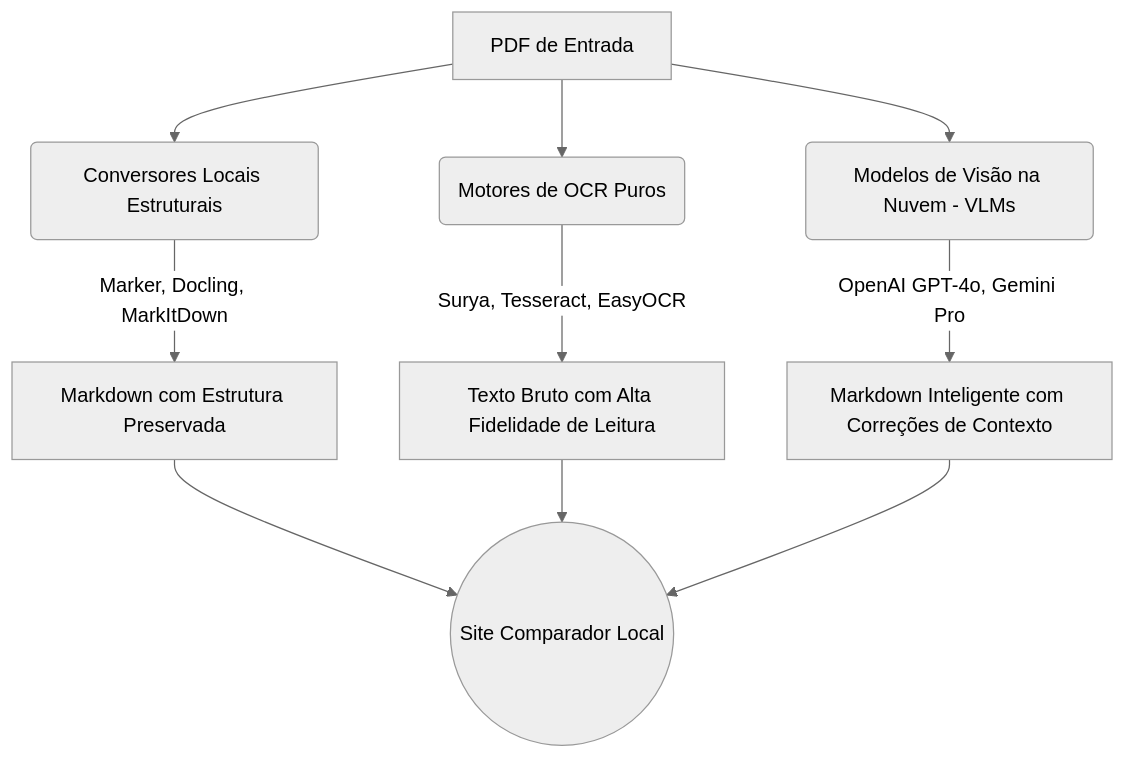
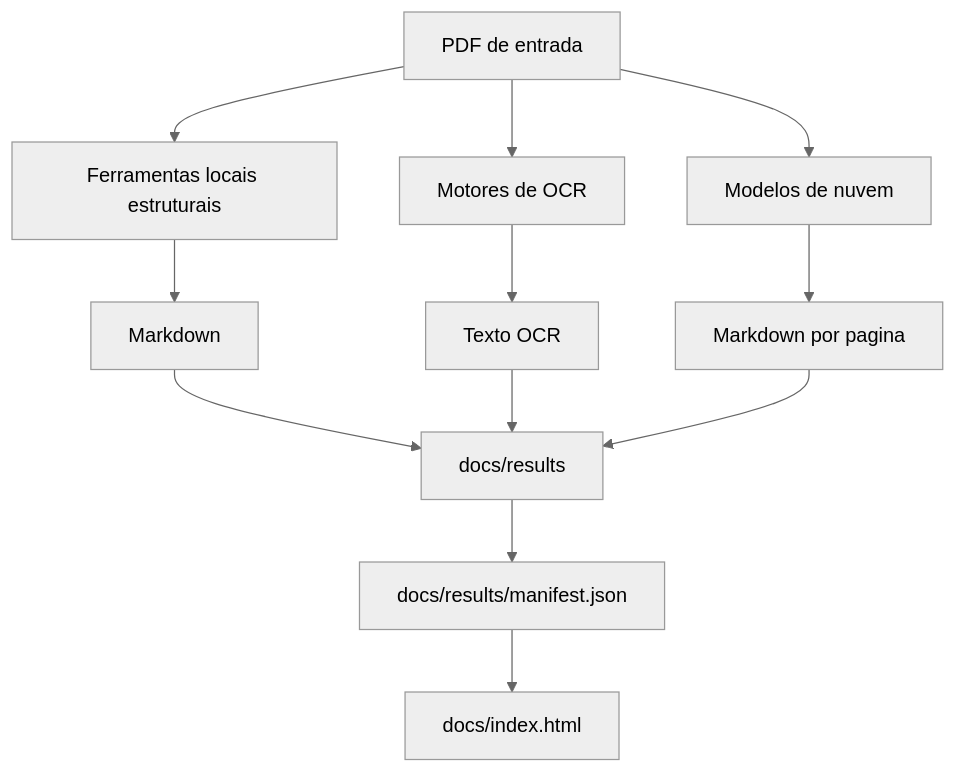
Before and after one commit to diogene5/PDF_markdown_OCR_comparison: the diagram in README.md, drawn with Mermaid (neutral theme). The commit also changed other lines of this file and 16 other files, not shown here.

Commit message:
Improve results UX, fix Surya/MarkItDown, and add practical guide

````diff
--- a/README.md
+++ b/README.md
@@ -10,14 +11,14 @@
 ```mermaid
-graph TD
-    A[PDF de Entrada] --> B(Conversores Locais Estruturais)
-    A --> C(Motores de OCR Puros)
-    A --> D(Modelos de Visão na Nuvem - VLMs)
-
-    B -->|Marker, Docling, MarkItDown| E[Markdown com Estrutura Preservada]
-    C -->|Surya, Tesseract, EasyOCR| F[Texto Bruto com Alta Fidelidade de Leitura]
-    D -->|OpenAI GPT-4o, Gemini Pro| G[Markdown Inteligente com Correções de Contexto]
-
-    E --> H((Site Comparador Local))
+flowchart TD
+    A[PDF de entrada] --> B[Ferramentas locais estruturais]
+    A --> C[Motores de OCR]
+    A --> D[Modelos de nuvem]
+    B --> E[Markdown]
+    C --> F[Texto OCR]
+    D --> G[Markdown por pagina]
+    E --> H[docs/results]
     F --> H
     G --> H
+    H --> I[docs/results/manifest.json]
+    I --> J[docs/index.html]
 ```
````
